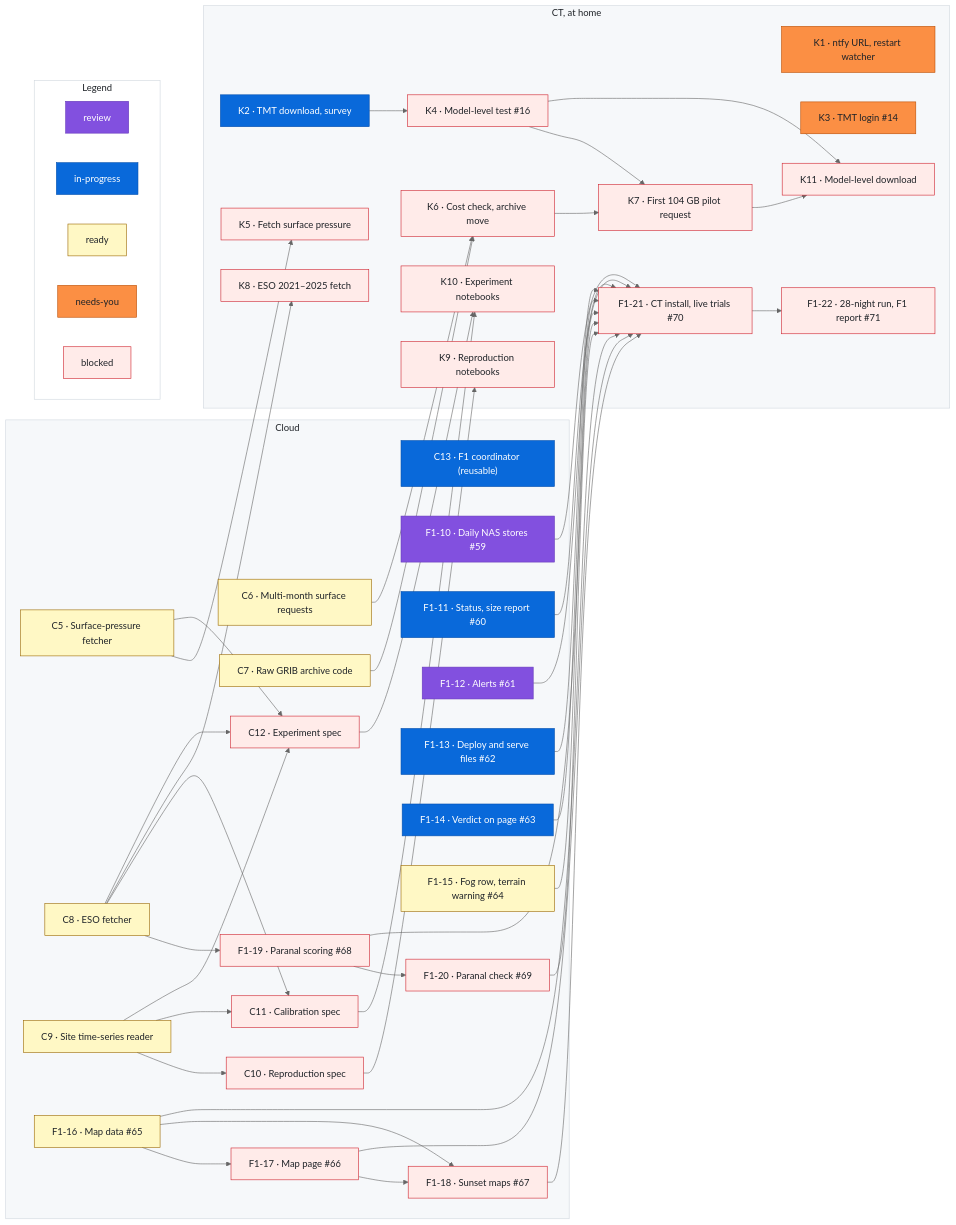
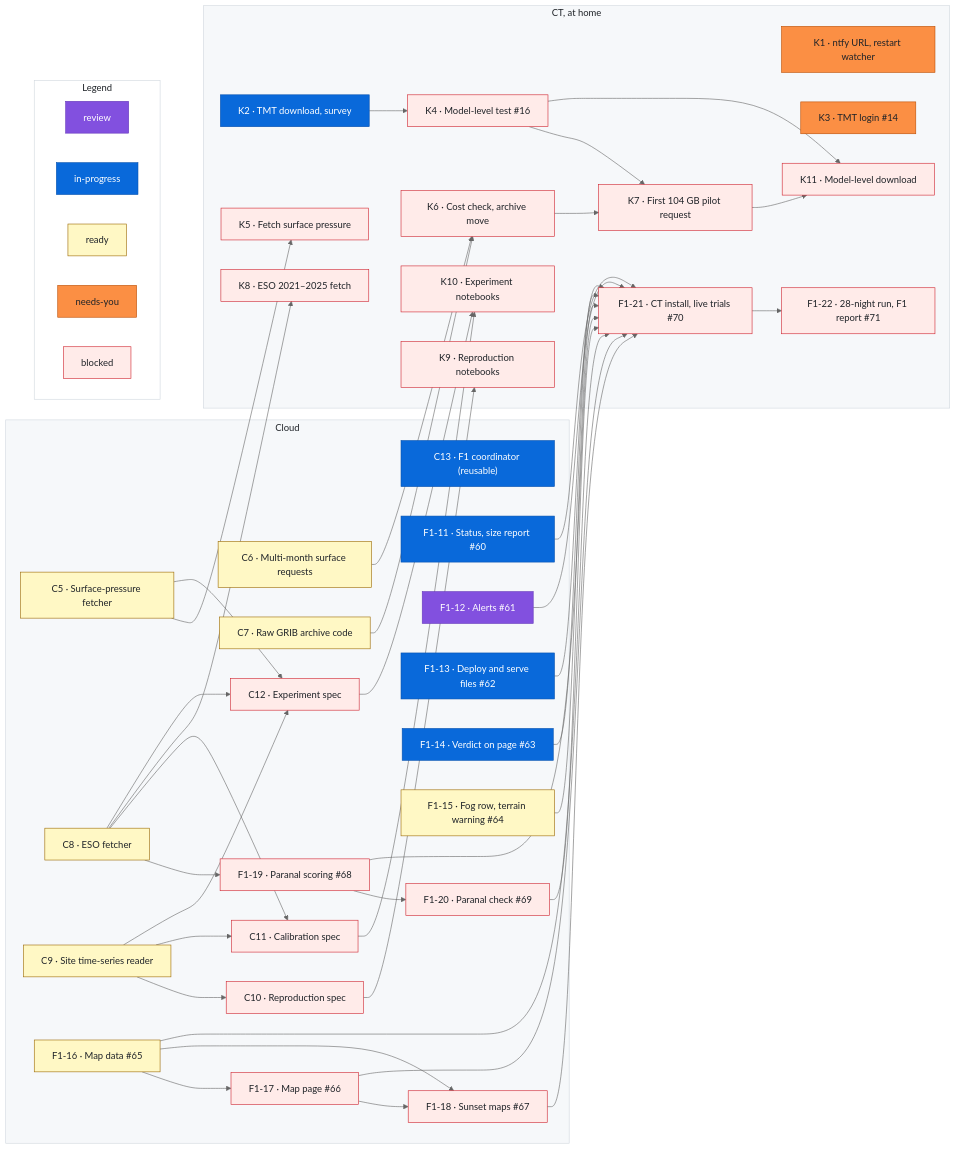
The diagram in docs/roadmap.md (rrweller/Astro-seeing), drawn with Mermaid (neutral theme) before and after one commit. The commit also changed other lines of this file, not shown here.

Commit message:
roadmap: remove F1-10 (#87 merged)

```diff
--- a/docs/roadmap.md
+++ b/docs/roadmap.md
@@ -100,7 +98,6 @@
     C11["C11 · Calibration spec"]
     C12["C12 · Experiment spec"]
     C13["C13 · F1 coordinator (reusable)"]
-    F1_10["F1-10 · Daily NAS stores #59"]
     F1_11["F1-11 · Status, size report #60"]
     F1_12["F1-12 · Alerts #61"]
     F1_13["F1-13 · Deploy and serve files #62"]
@@ -132,7 +129,6 @@
   F1_17 --> F1_18
   C8 --> F1_19
   F1_19 --> F1_20
-  F1_10 --> F1_21
   F1_11 --> F1_21
   F1_12 --> F1_21
   F1_13 --> F1_21
@@ -195,8 +191,6 @@
   %% ---
   class C13 inprogress
   %% ---
-  class F1_10 review
-  %% ---
   class F1_11 inprogress
   %% ---
   class F1_12 review
```
